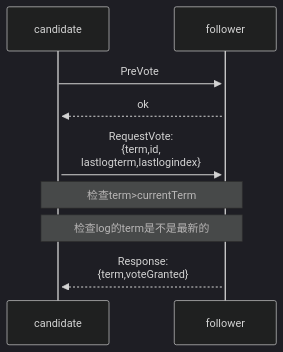
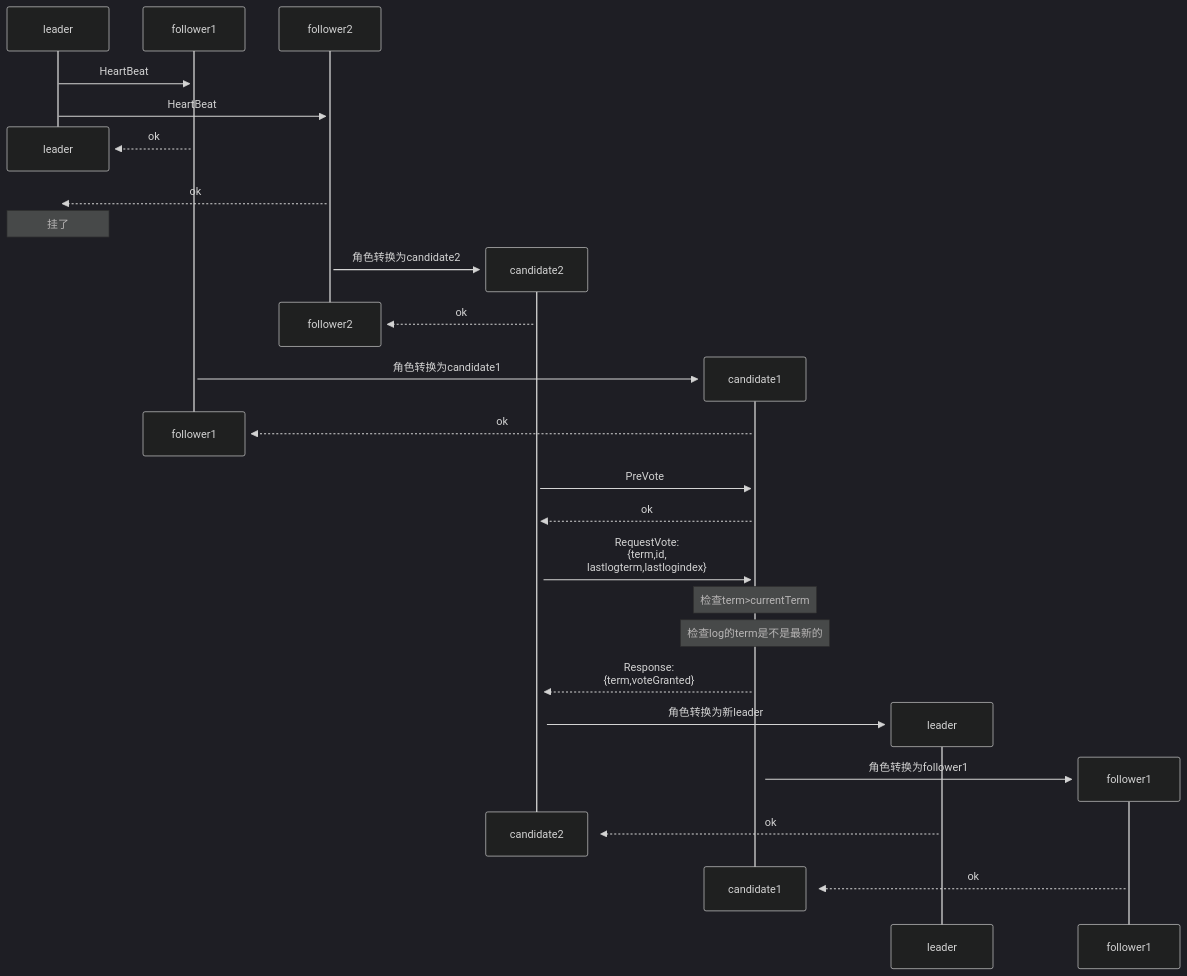
One commit to wanghenshui/wanghenshui.github.io changed the diagram in _posts/mmd/raft-RequestVote.mmd. Above: the diagram before and after it, drawn with Mermaid (dark theme). The commit also changed 1 other file, not shown here.

```diff
--- a/_posts/mmd/raft-RequestVote.mmd
+++ b/_posts/mmd/raft-RequestVote.mmd
@@ -1,7 +1,31 @@
 sequenceDiagram
-    candidate->>+follower: PreVote
-    follower-->>+candidate: ok
-    candidate->>+follower: RequestVote:<br>{term,id,<br>lastlogterm,lastlogindex}
-    Note over candidate,follower: 检查term>currentTerm
-    Note over candidate,follower: 检查log的term是不是最新的
-    follower-->>+candidate: Response:<br>{term,voteGranted}
+    leader->>+follower1: HeartBeat
+    leader->>+follower2: HeartBeat
+    destroy leader
+    follower1-->>+leader: ok
+    follower2-->>+leader: ok
+    Note over leader: 挂了
+    create participant candidate2
+    follower2->>+candidate2: 角色转换为candidate2
+    destroy follower2
+    candidate2-->>+follower2: ok
+    create participant candidate1
+    follower1->>+candidate1: 角色转换为candidate1
+    destroy follower1
+
+    candidate1-->>+follower1: ok
+    candidate2->>+candidate1: PreVote
+    candidate1-->>+candidate2: ok
+    candidate2->>+candidate1: RequestVote:<br>{term,id,<br>lastlogterm,lastlogindex}
+    Note over candidate1: 检查term>currentTerm
+    Note over candidate1: 检查log的term是不是最新的
+
+    candidate1-->>+candidate2: Response:<br>{term,voteGranted}
+    create participant newLeader as leader
+    candidate2->>+newLeader: 角色转换为新leader
+        create participant newFollower as follower1
+    candidate1->>+newFollower: 角色转换为follower1
+    destroy candidate2
+    newLeader-->>+candidate2: ok
+    destroy candidate1
+    newFollower-->>+candidate1: ok
```
